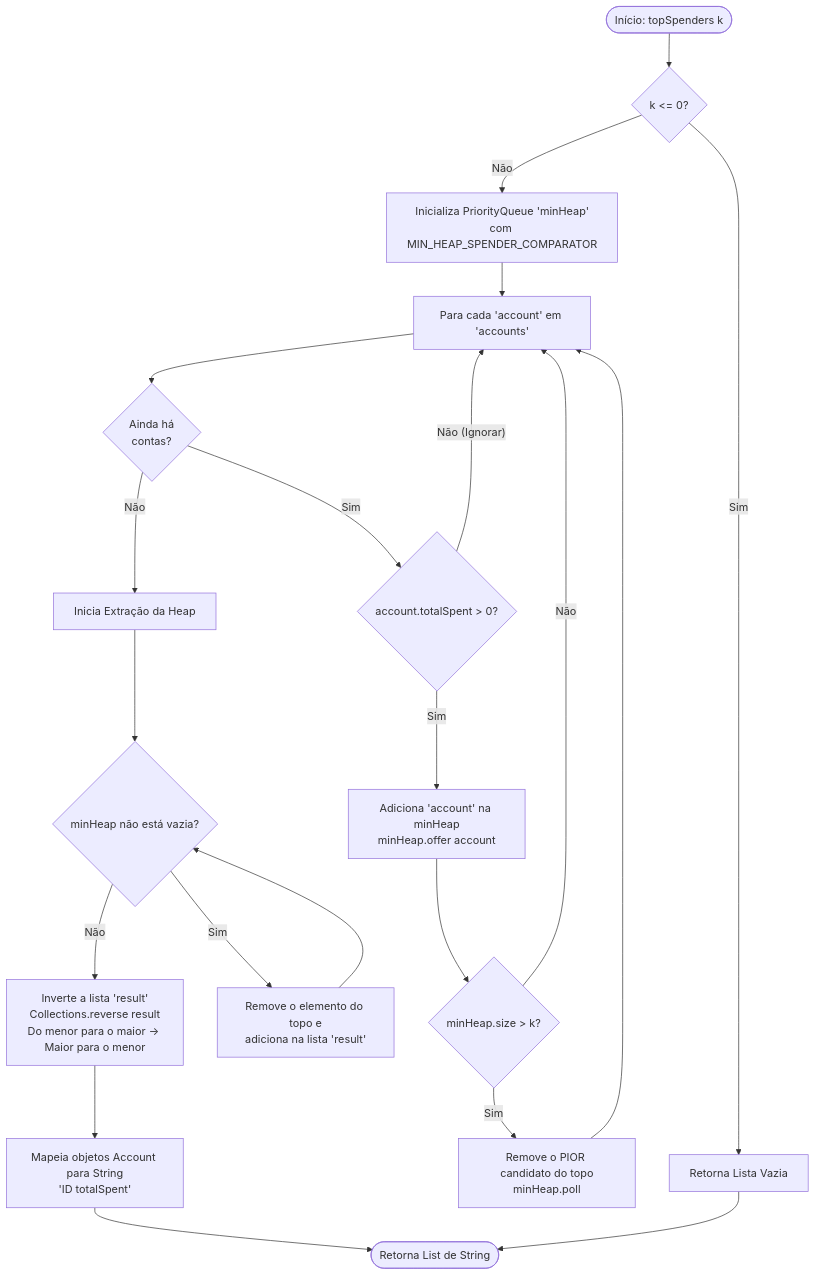
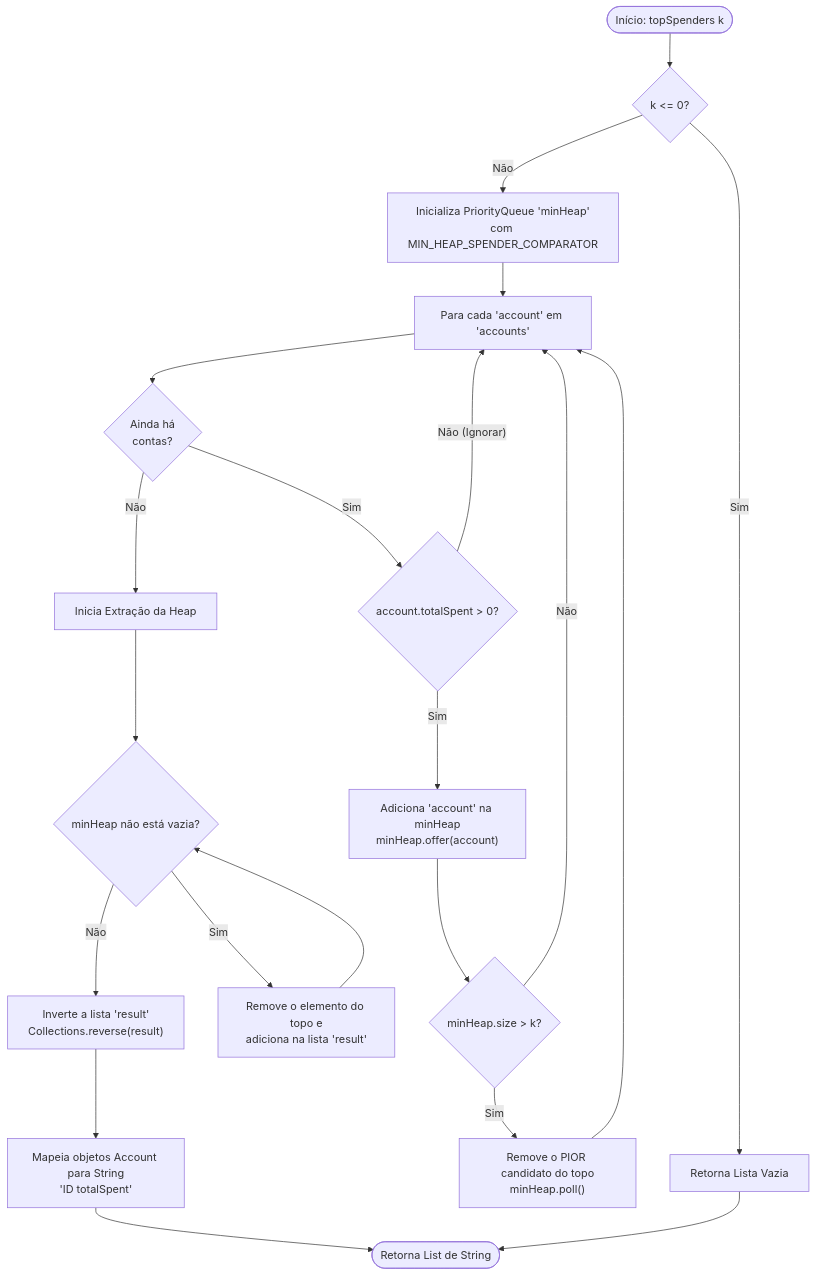
Before and after one commit to guiassys/nubank-training: the first of 15 diagrams in doc/architecture/mermaid.md, drawn with Mermaid. The commit also changed other lines of this file, not shown here.

````diff
--- a/doc/architecture/mermaid.md
+++ b/doc/architecture/mermaid.md
@@ -4,40 +4,40 @@
 ```mermaid
 flowchart TD
     Start([Início: topSpenders k]) --> CheckK{k <= 0?}
     
     %% Validação Inicial
     CheckK -- Sim --> ReturnEmpty[Retorna Lista Vazia]
     CheckK -- Não --> InitHeap[Inicializa PriorityQueue 'minHeap'\ncom MIN_HEAP_SPENDER_COMPARATOR]
 
     %% Loop pelas contas
     InitHeap --> LoopAccounts[Para cada 'account' em 'accounts']
     
     LoopAccounts --> HasMore{Ainda há\ncontas?}
     
     HasMore -- Não --> ExtractHeap[Inicia Extração da Heap]
     
     HasMore -- Sim --> CheckSpent{account.totalSpent > 0?}
     
     CheckSpent -- Não (Ignorar) --> LoopAccounts
     
-    CheckSpent -- Sim --> OfferHeap[Adiciona 'account' na minHeap\nminHeap.offer account]
+    CheckSpent -- Sim --> OfferHeap["Adiciona 'account' na minHeap\nminHeap.offer(account)"]
     
     OfferHeap --> CheckSize{minHeap.size > k?}
     
-    CheckSize -- Sim --> PollHeap[Remove o PIOR candidato do topo\nminHeap.poll]
+    CheckSize -- Sim --> PollHeap["Remove o PIOR candidato do topo\nminHeap.poll()"]
     CheckSize -- Não --> LoopAccounts
     PollHeap --> LoopAccounts
 
     %% Processamento do Resultado
     ExtractHeap --> WhileHeap{minHeap não está vazia?}
     
-    WhileHeap -- Sim --> PollToResult[Remove o elemento do topo e\nadiciona na lista 'result']
+    WhileHeap -- Sim --> PollToResult["Remove o elemento do topo e\nadiciona na lista 'result'"]
     PollToResult --> WhileHeap
     
-    WhileHeap -- Não --> ReverseResult[Inverte a lista 'result'\nCollections.reverse result\nDo menor para o maior -> Maior para o menor]
+    WhileHeap -- Não --> ReverseResult["Inverte a lista 'result'\nCollections.reverse(result)"]
     
     ReverseResult --> FormatList[Mapeia objetos Account para String\n'ID totalSpent']
     
     FormatList --> End([Retorna List de String])
     ReturnEmpty --> End
 ```
````
